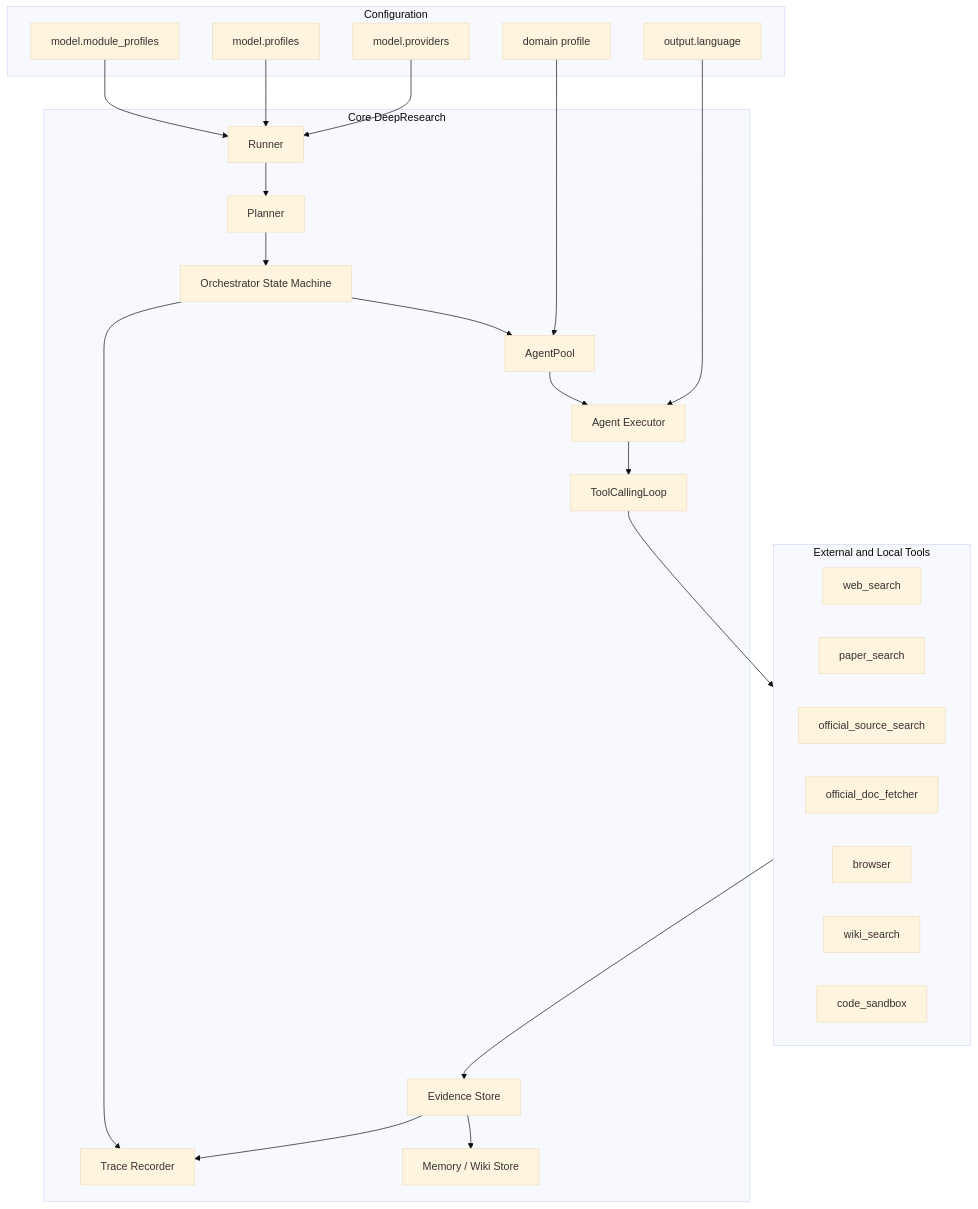
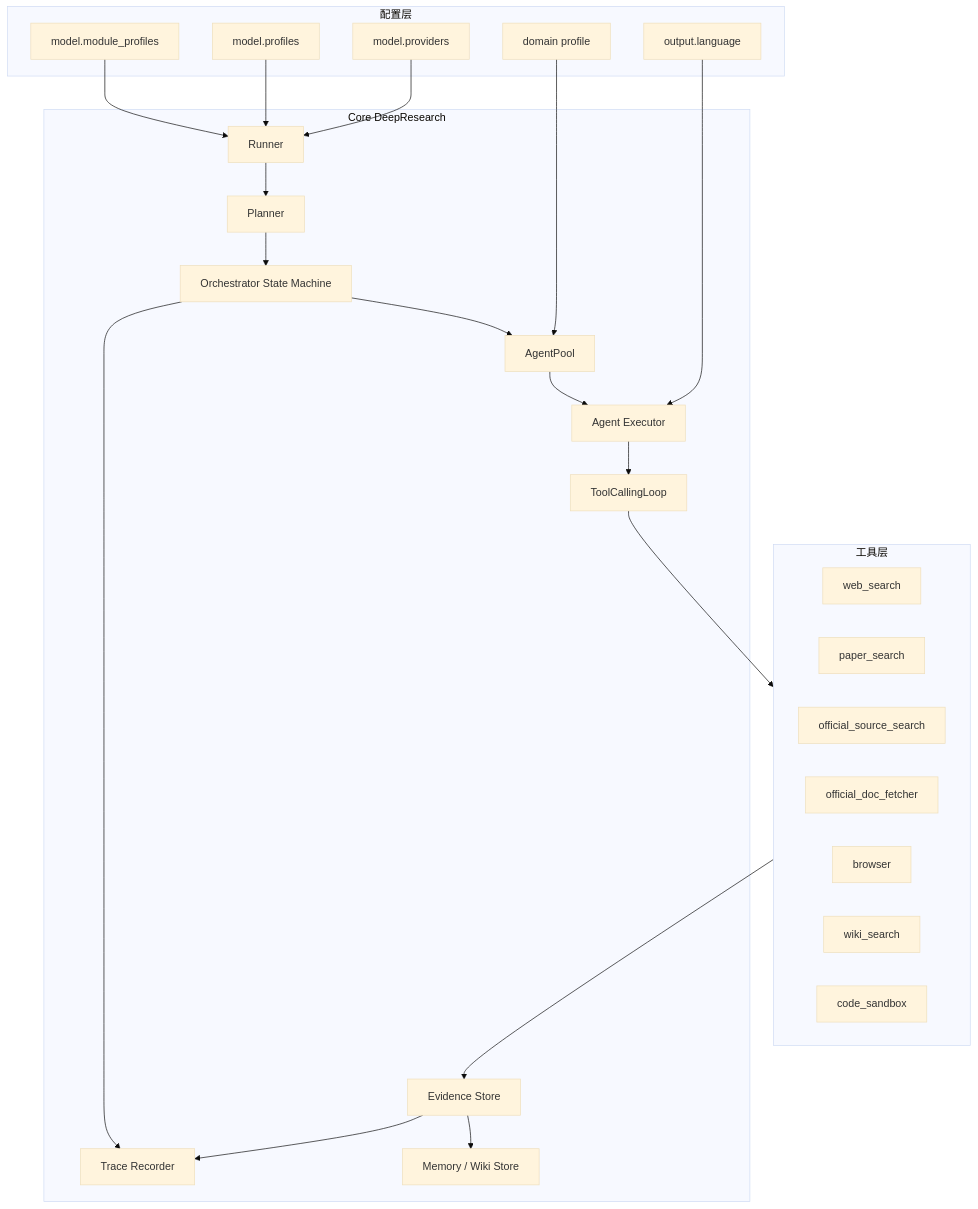
Before and after one commit to zxc3334/deepresearch: the first of 2 diagrams in README.md, drawn with Mermaid (base theme). The commit also changed other lines of this file and 4 other files, not shown here.

````diff
--- a/README.md
+++ b/README.md
@@ -34,48 +34,48 @@
 ```mermaid
 flowchart TD
-    subgraph Config["Configuration"]
+    subgraph Config["配置层"]
         C1["model.providers"]
         C2["model.profiles"]
         C3["model.module_profiles"]
         C4["domain profile"]
         C5["output.language"]
     end
 
     subgraph Core["Core DeepResearch"]
         R["Runner"]
         P["Planner"]
         O["Orchestrator State Machine"]
         AP["AgentPool"]
         AG["Agent Executor"]
         TL["ToolCallingLoop"]
         ES["Evidence Store"]
         TR["Trace Recorder"]
         MEM["Memory / Wiki Store"]
     end
 
-    subgraph Tooling["External and Local Tools"]
+    subgraph Tooling["工具层"]
         WS["web_search"]
         PS["paper_search"]
         OS["official_source_search"]
         OD["official_doc_fetcher"]
         BR["browser"]
         WK["wiki_search"]
         CS["code_sandbox"]
     end
 
     C1 --> R
     C2 --> R
     C3 --> R
     C4 --> AP
     C5 --> AG
     R --> P
     P --> O
     O --> AP
     AP --> AG
     AG --> TL
     TL --> Tooling
     Tooling --> ES
     ES --> TR
     ES --> MEM
     O --> TR
 ```
````
